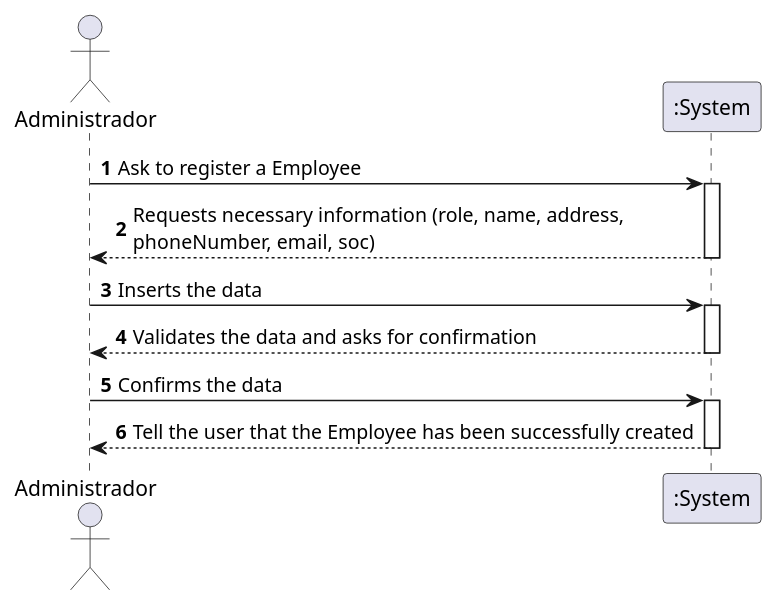
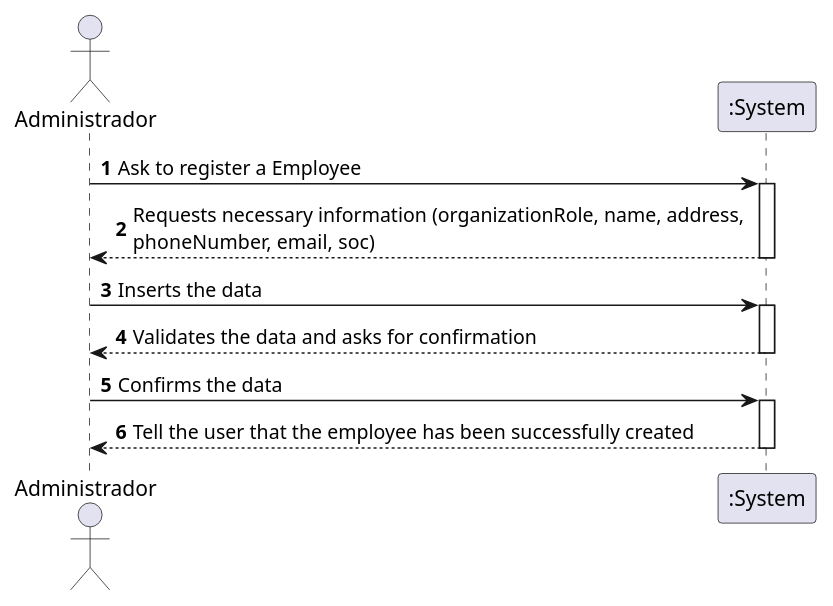
One commit to GuilhermeCunha79/lapr2 changed the diagram in docs/SprintB/UC7/UC7_SSD.puml. Above: the diagram before and after it, drawn with PlantUML. The commit also changed 11 other files, not shown here.

Commit message:
Update of the diagrams (SSD,MD,SD) [US-07] [Requirements Engineering]

```diff
--- a/docs/SprintB/UC7/UC7_SSD.puml
+++ b/docs/SprintB/UC7/UC7_SSD.puml
@@ -1,25 +1,25 @@
 @startuml
 autonumber
 'hide footbox
 actor "Administrador" as ADMIN
 
 participant ":System" as SYSTEM
 
 ADMIN -> SYSTEM : Ask to register a Employee
 activate SYSTEM
-SYSTEM --> ADMIN : Requests necessary information (role, name, address, \nphoneNumber, email, soc)
+SYSTEM --> ADMIN : Requests necessary information (organizationRole, name, address, \nphoneNumber, email, soc)
 
 deactivate SYSTEM
 
 ADMIN -> SYSTEM : Inserts the data
 activate SYSTEM
 SYSTEM --> ADMIN : Validates the data and asks for confirmation
 deactivate SYSTEM
 
 ADMIN -> SYSTEM : Confirms the data
 activate SYSTEM
-SYSTEM --> ADMIN : Tell the user that the Employee has been successfully created
+SYSTEM --> ADMIN : Tell the user that the employee has been successfully created
 deactivate SYSTEM
 
 
 @enduml
```
